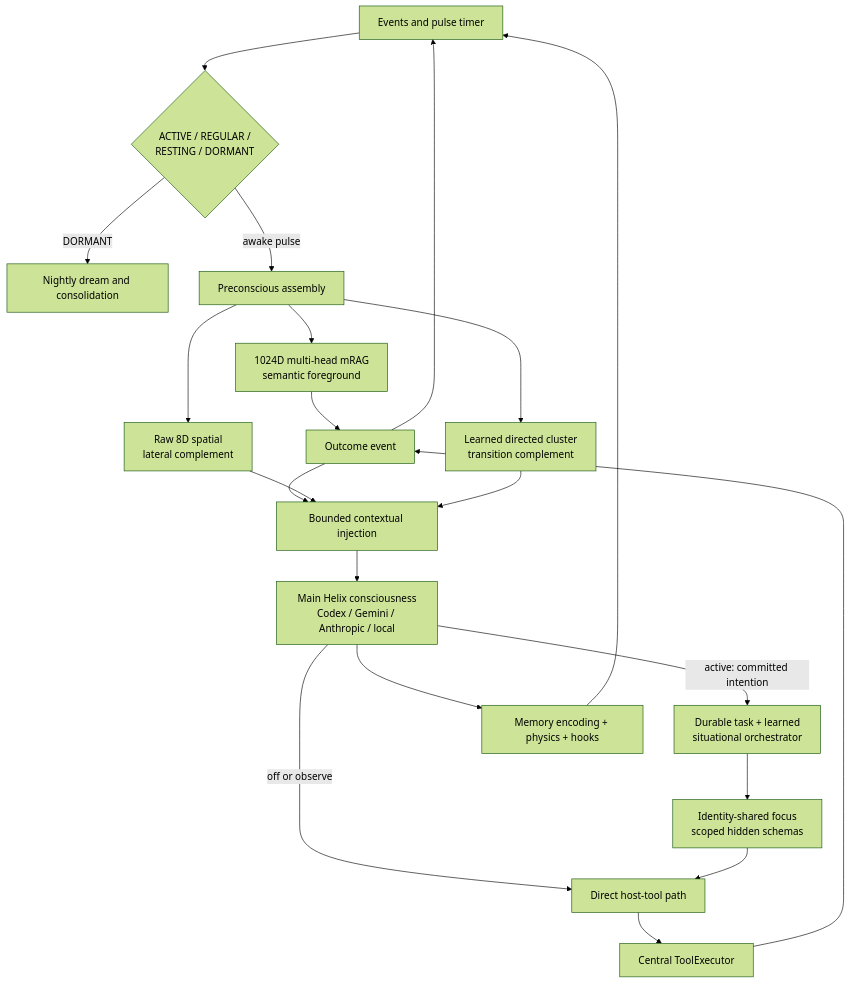
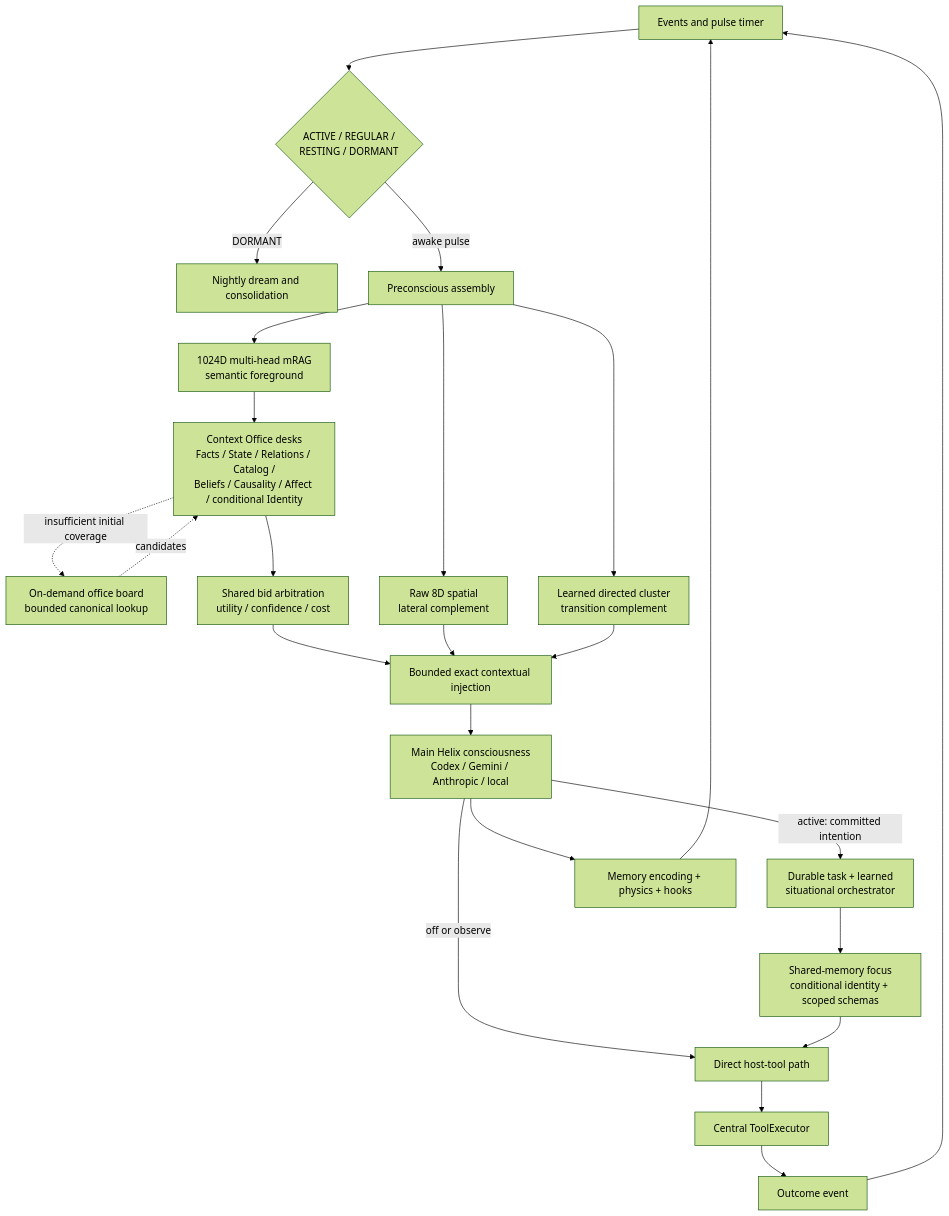
Before and after one commit to munch2u-a11y/Helix-AGI: the diagram in README.md, drawn with Mermaid (forest theme). The commit also changed other lines of this file and 13 other files, not shown here.

Commit message:
feat: arbitrate contextual memory desk bids

````diff
--- a/README.md
+++ b/README.md
@@ -20,23 +20,26 @@
 ```mermaid
 flowchart TD
     A[Events and pulse timer] --> B{ACTIVE / REGULAR /<br/>RESTING / DORMANT}
     B -->|DORMANT| C[Nightly dream and consolidation]
     B -->|awake pulse| P[Preconscious assembly]
     P --> M[1024D multi-head mRAG<br/>semantic foreground]
-    M --> O[Context Office<br/>Facts / State / Relations /<br/>Catalog / Beliefs / Causality]
+    M --> O[Context Office desks<br/>Facts / State / Relations / Catalog /<br/>Beliefs / Causality / Affect / conditional Identity]
+    O -. insufficient initial coverage .-> Q[On-demand office board<br/>bounded canonical lookup]
+    Q -. candidates .-> O
+    O --> V[Shared bid arbitration<br/>utility / confidence / cost]
     P --> S[Raw 8D spatial<br/>lateral complement]
     P --> R[Learned directed cluster<br/>transition complement]
-    O --> I[Bounded contextual injection]
+    V --> I[Bounded exact contextual injection]
     S --> I
     R --> I
     I --> H[Main Helix consciousness<br/>Codex / Gemini / Anthropic / local]
     H -->|off or observe| X[Direct host-tool path]
     H -->|active: committed intention| T[Durable task + learned<br/>situational orchestrator]
-    T --> F[Identity-shared focus<br/>scoped hidden schemas]
+    T --> F[Shared-memory focus<br/>conditional identity + scoped schemas]
     F --> X
     X --> E[Central ToolExecutor]
-    E --> O[Outcome event]
+    E --> U[Outcome event]
     H --> K[Memory encoding + physics + hooks]
-    O --> A
+    U --> A
     K --> A
 ```
````
